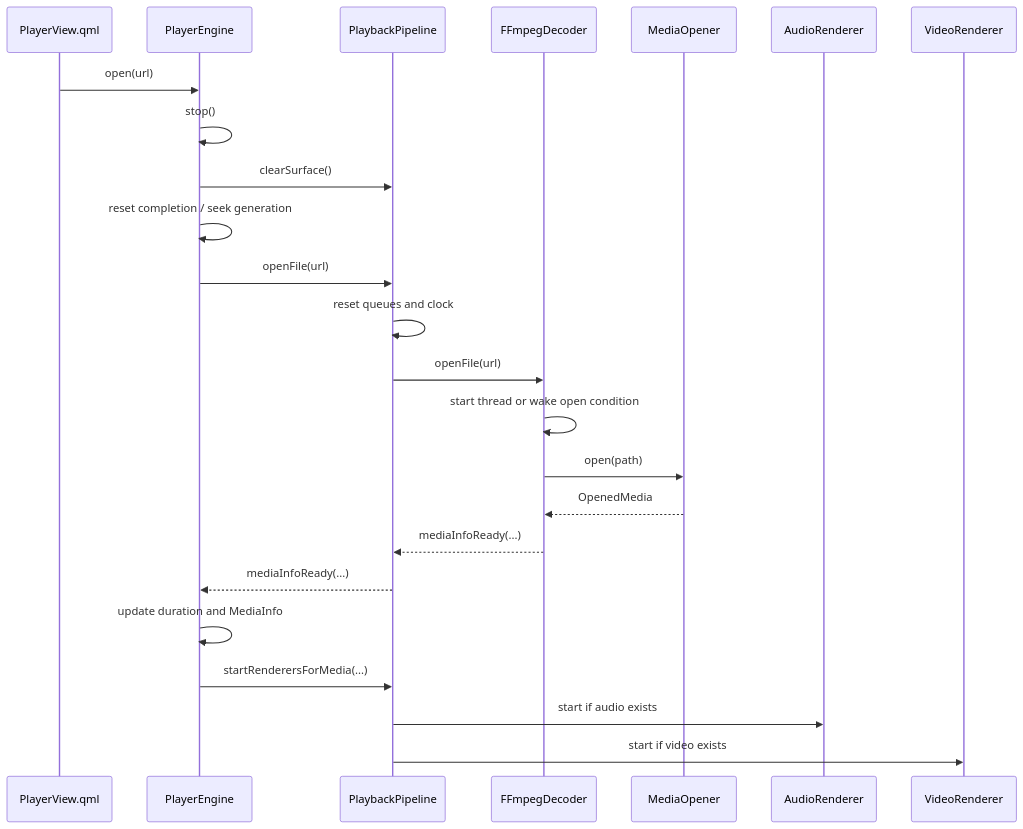
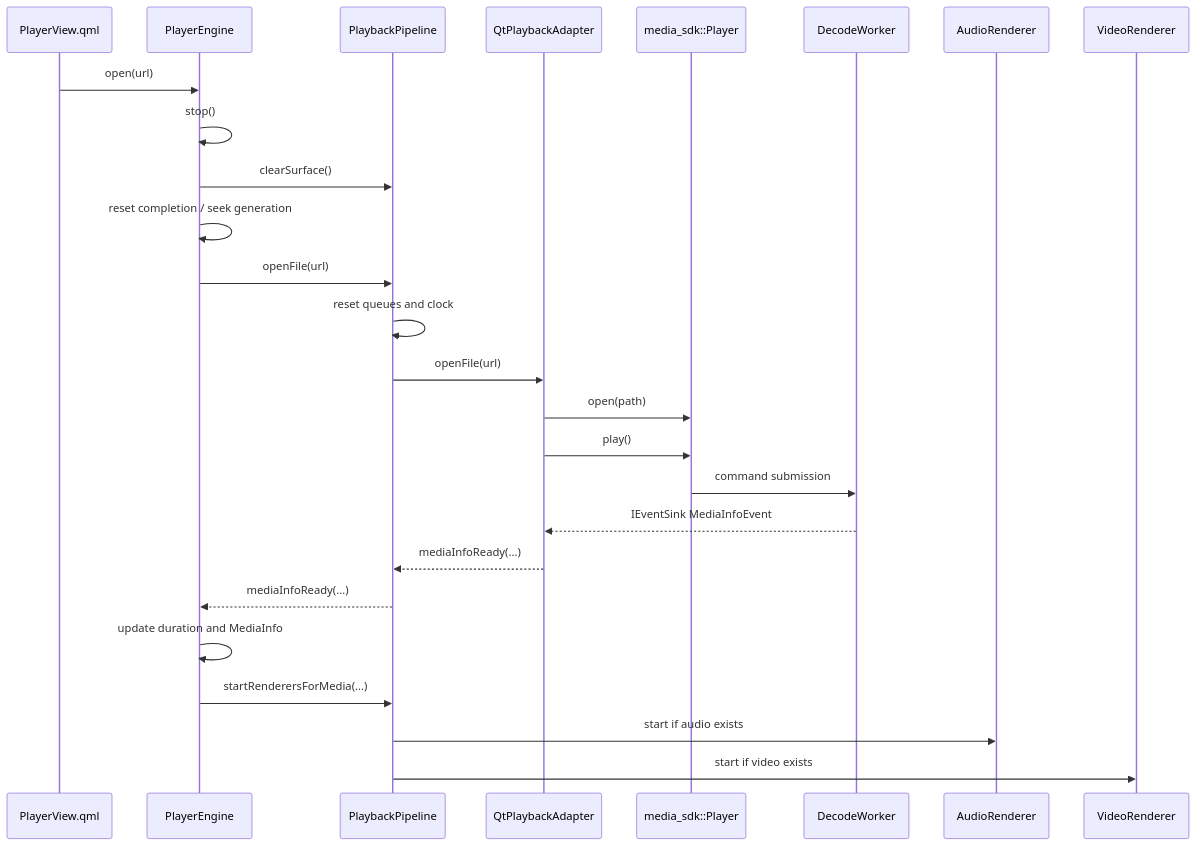
One commit to Zacus/PluginBased changed the diagram in plugins/PlayPlugin/PlayPluginExecutionFlow.md. Above: the diagram before and after it, drawn with Mermaid. The commit also changed other lines of this file and 45 other files, not shown here.

````diff
--- a/plugins/PlayPlugin/PlayPluginExecutionFlow.md
+++ b/plugins/PlayPlugin/PlayPluginExecutionFlow.md
@@ -83,27 +92,29 @@
 ```mermaid
 sequenceDiagram
     participant QML as PlayerView.qml
     participant Engine as PlayerEngine
     participant Pipeline as PlaybackPipeline
-    participant Decoder as FFmpegDecoder
-    participant Opener as MediaOpener
+    participant Adapter as QtPlaybackAdapter
+    participant Player as media_sdk::Player
+    participant Worker as DecodeWorker
     participant Audio as AudioRenderer
     participant Video as VideoRenderer
 
     QML->>Engine: open(url)
     Engine->>Engine: stop()
     Engine->>Pipeline: clearSurface()
     Engine->>Engine: reset completion / seek generation
     Engine->>Pipeline: openFile(url)
     Pipeline->>Pipeline: reset queues and clock
-    Pipeline->>Decoder: openFile(url)
-    Decoder->>Decoder: start thread or wake open condition
-    Decoder->>Opener: open(path)
-    Opener-->>Decoder: OpenedMedia
-    Decoder-->>Pipeline: mediaInfoReady(...)
+    Pipeline->>Adapter: openFile(url)
+    Adapter->>Player: open(path)
+    Adapter->>Player: play()
+    Player->>Worker: command submission
+    Worker-->>Adapter: IEventSink MediaInfoEvent
+    Adapter-->>Pipeline: mediaInfoReady(...)
     Pipeline-->>Engine: mediaInfoReady(...)
     Engine->>Engine: update duration and MediaInfo
     Engine->>Pipeline: startRenderersForMedia(...)
     Pipeline->>Audio: start if audio exists
     Pipeline->>Video: start if video exists
 ```
````
